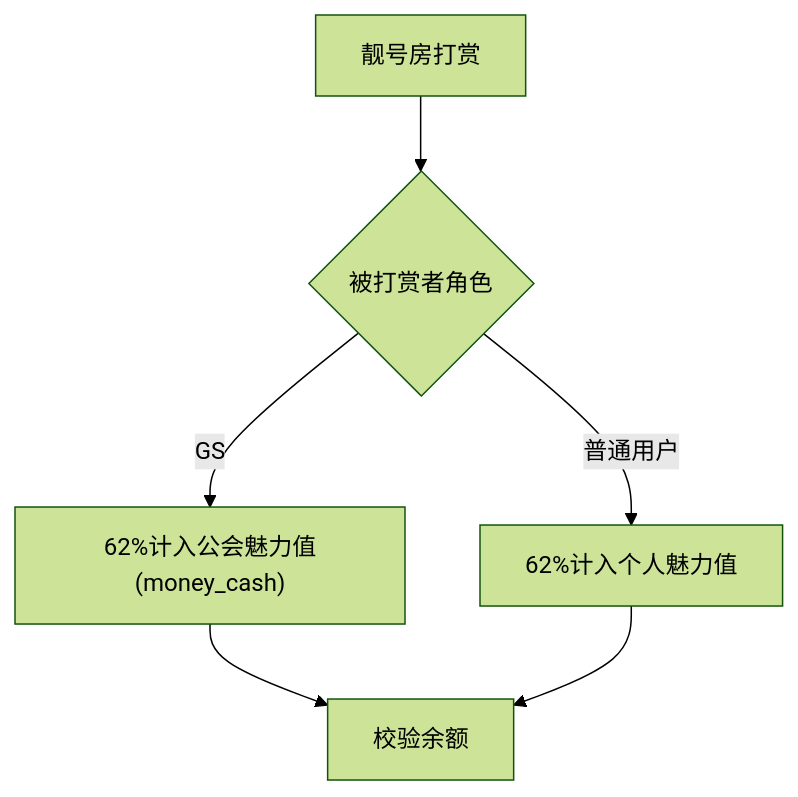
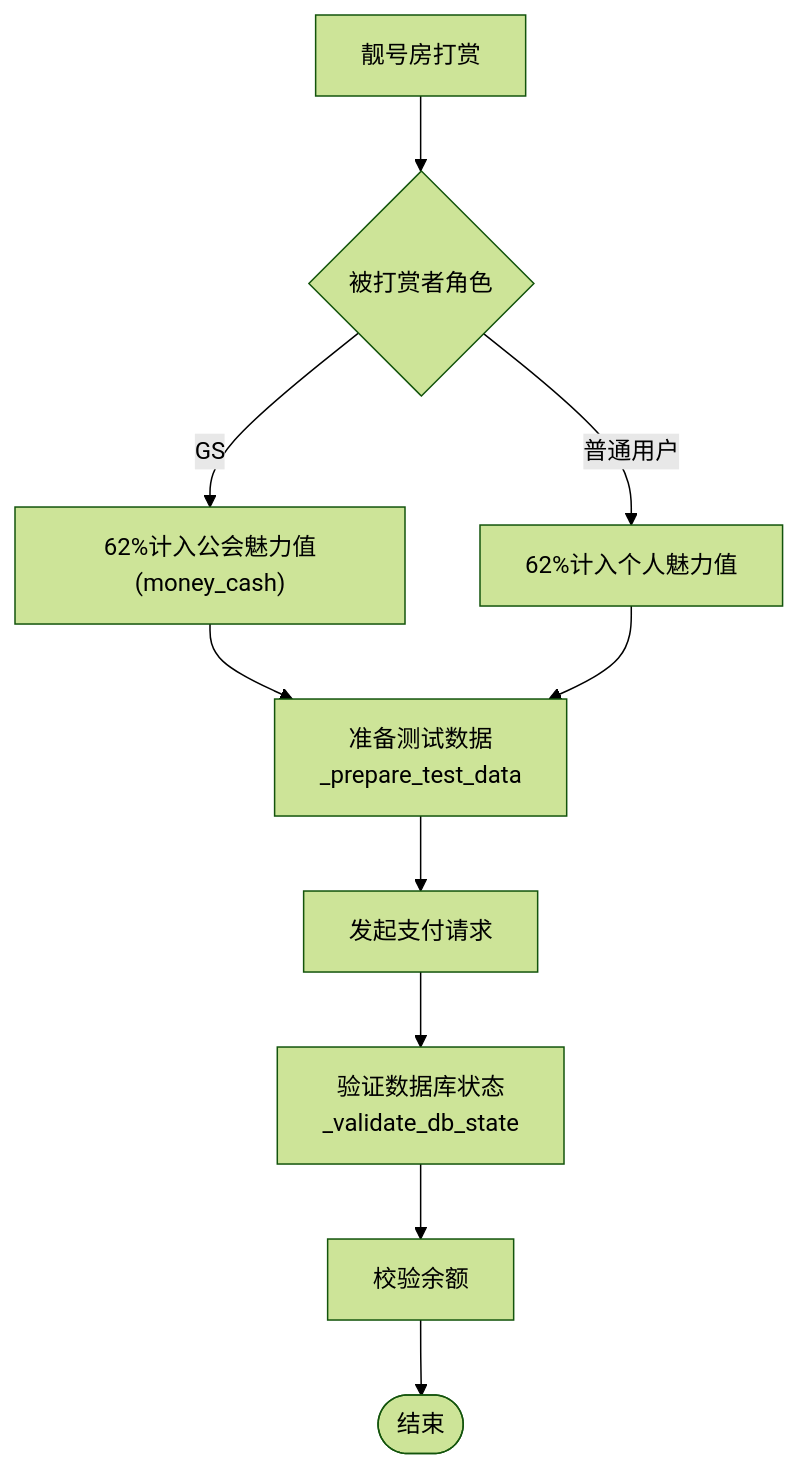
The sixth of 8 diagrams in .qoder/repowiki/zh/content/支付测试用例/房间支付测试/房间支付测试.md (liximing1-ola/qa-payTest), drawn with Mermaid (forest theme) before and after one commit. The commit also changed other lines of this file and 103 other files, not shown here.

````diff
--- a/.qoder/repowiki/zh/content/支付测试用例/房间支付测试/房间支付测试.md
+++ b/.qoder/repowiki/zh/content/支付测试用例/房间支付测试/房间支付测试.md
@@ -354,8 +373,12 @@
 ```mermaid
 flowchart TD
 A["靓号房打赏"] --> B{"被打赏者角色"}
 B --> |GS| C["62%计入公会魅力值(money_cash)"]
 B --> |普通用户| D["62%计入个人魅力值"]
-C --> E["校验余额"]
-D --> E
+C --> Prepare["准备测试数据<br/>_prepare_test_data"]
+D --> Prepare
+Prepare --> Pay["发起支付请求"]
+Pay --> Validate["验证数据库状态<br/>_validate_db_state"]
+Validate --> Check["校验余额"]
+Check --> End(["结束"])
 ```
````
